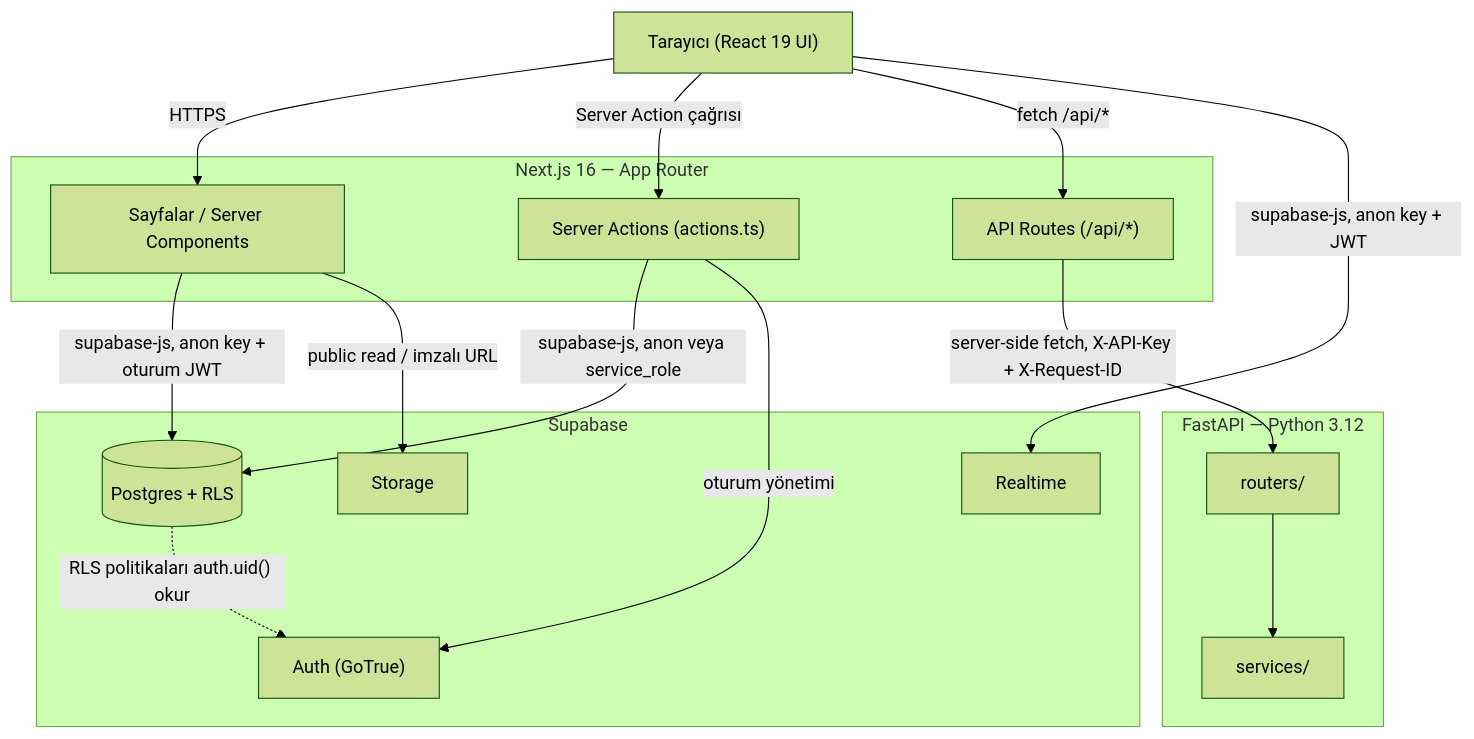
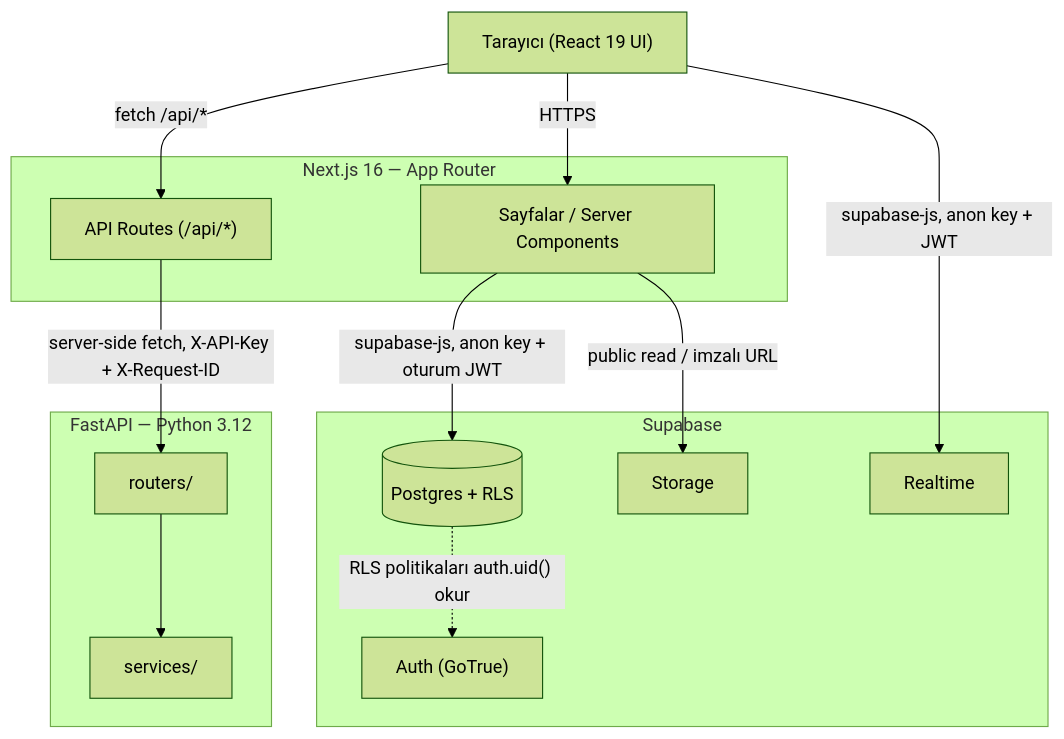
Before and after one commit to ayberkaarda/Online-Coaching-AppV2: the first of 2 diagrams in README.md, drawn with Mermaid (forest theme). The commit also changed other lines of this file and 7 other files, not shown here.

````diff
--- a/README.md
+++ b/README.md
@@ -60,34 +60,30 @@
 ```mermaid
 graph TD
   Browser["Tarayıcı (React 19 UI)"]
 
   subgraph NextJS["Next.js 16 — App Router"]
     Pages["Sayfalar / Server Components"]
-    Actions["Server Actions (actions.ts)"]
     APIRoutes["API Routes (/api/*)"]
   end
 
   subgraph SupabaseBox["Supabase"]
     PG[("Postgres + RLS")]
     Auth["Auth (GoTrue)"]
     Storage["Storage"]
     Realtime["Realtime"]
   end
 
   subgraph FastAPIBox["FastAPI — Python 3.12"]
     Routers["routers/"]
     Services["services/"]
   end
 
   Browser -->|HTTPS| Pages
-  Browser -->|"Server Action çağrısı"| Actions
   Browser -->|"fetch /api/*"| APIRoutes
   Pages -->|"supabase-js, anon key + oturum JWT"| PG
-  Actions -->|"supabase-js, anon veya service_role"| PG
-  Actions -->|"oturum yönetimi"| Auth
   Browser -->|"supabase-js, anon key + JWT"| Realtime
   Pages -->|"public read / imzalı URL"| Storage
   APIRoutes -->|"server-side fetch, X-API-Key + X-Request-ID"| Routers
   Routers --> Services
   PG -.->|"RLS politikaları auth.uid() okur"| Auth
 ```
````
